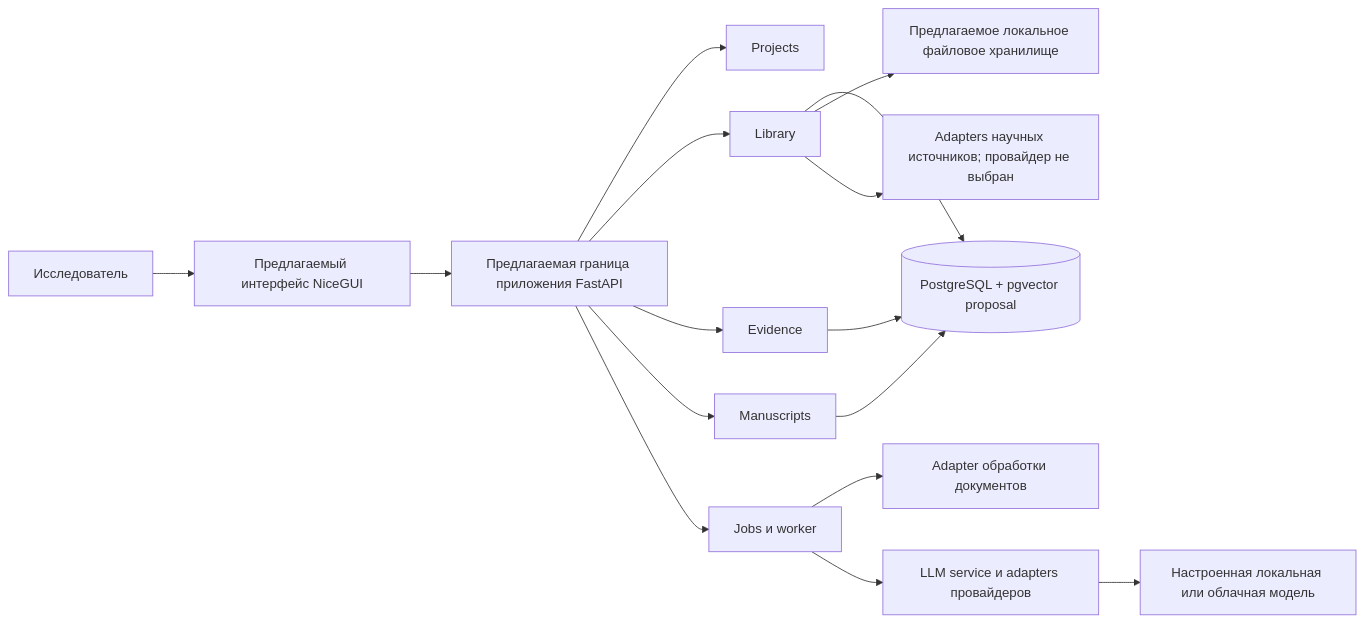
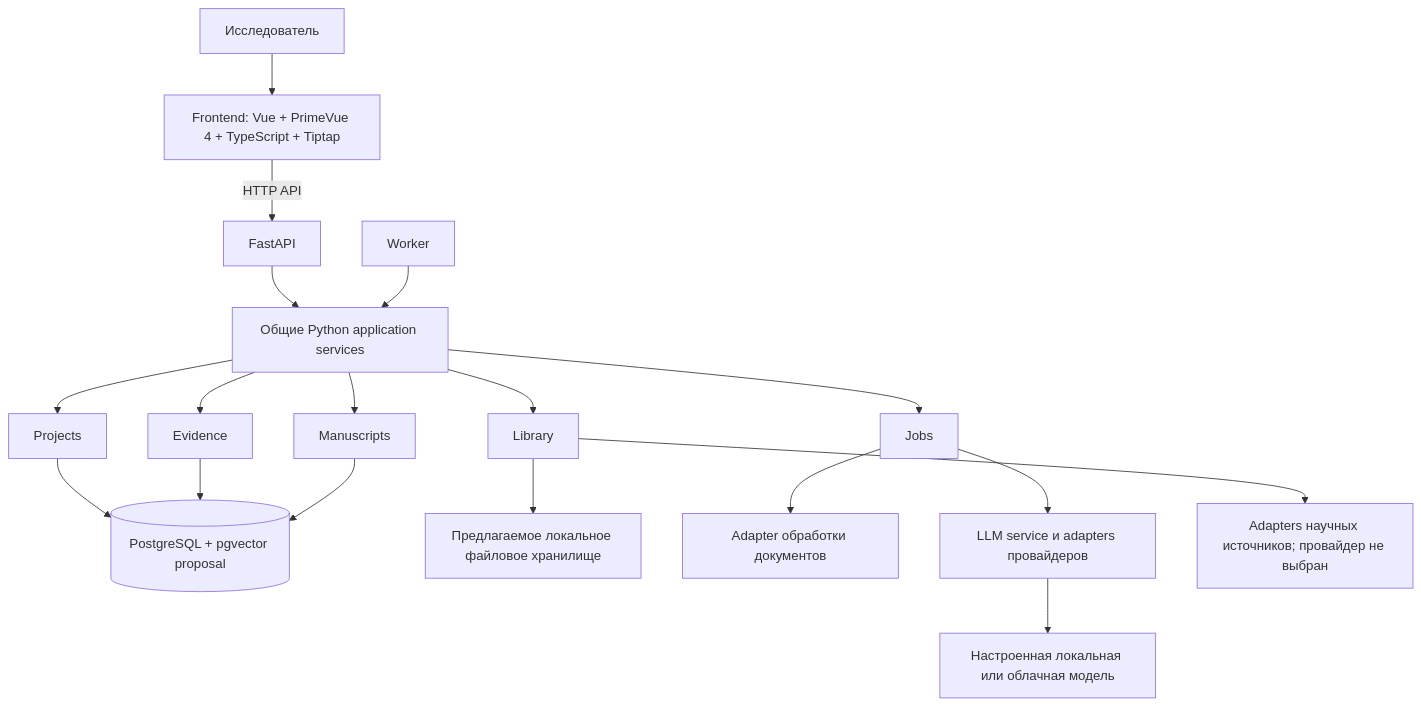
The diagram in docs/roadmap.md (Vealo/paperweave), drawn with Mermaid before and after one commit. The commit also changed other lines of this file and 58 other files, not shown here.

````diff
--- a/docs/roadmap.md
+++ b/docs/roadmap.md
@@ -78,18 +82,20 @@
 ```mermaid
-flowchart LR
-  A[Исследователь] --> UI[Предлагаемый интерфейс NiceGUI]
-  UI --> API[Предлагаемая граница приложения FastAPI]
-  API --> P[Projects]
-  API --> L[Library]
-  API --> E[Evidence]
-  API --> M[Manuscripts]
-  API --> J[Jobs и worker]
-  L --> DB[(PostgreSQL + pgvector proposal)]
+flowchart TD
+  A[Исследователь] --> UI[Frontend: Vue + PrimeVue 4 + TypeScript + Tiptap]
+  UI -->|HTTP API| API[FastAPI]
+  API --> S[Общие Python application services]
+  W[Worker] --> S
+  S --> P[Projects]
+  S --> L[Library]
+  S --> E[Evidence]
+  S --> M[Manuscripts]
+  S --> J[Jobs]
+  P --> DB[(PostgreSQL + pgvector proposal)]
   E --> DB
   M --> DB
   L --> FS[Предлагаемое локальное файловое хранилище]
   J --> DOC[Adapter обработки документов]
   J --> LLM[LLM service и adapters провайдеров]
   LLM --> EXT[Настроенная локальная или облачная модель]
   L --> SCH[Adapters научных источников; провайдер не выбран]
 ```
````
